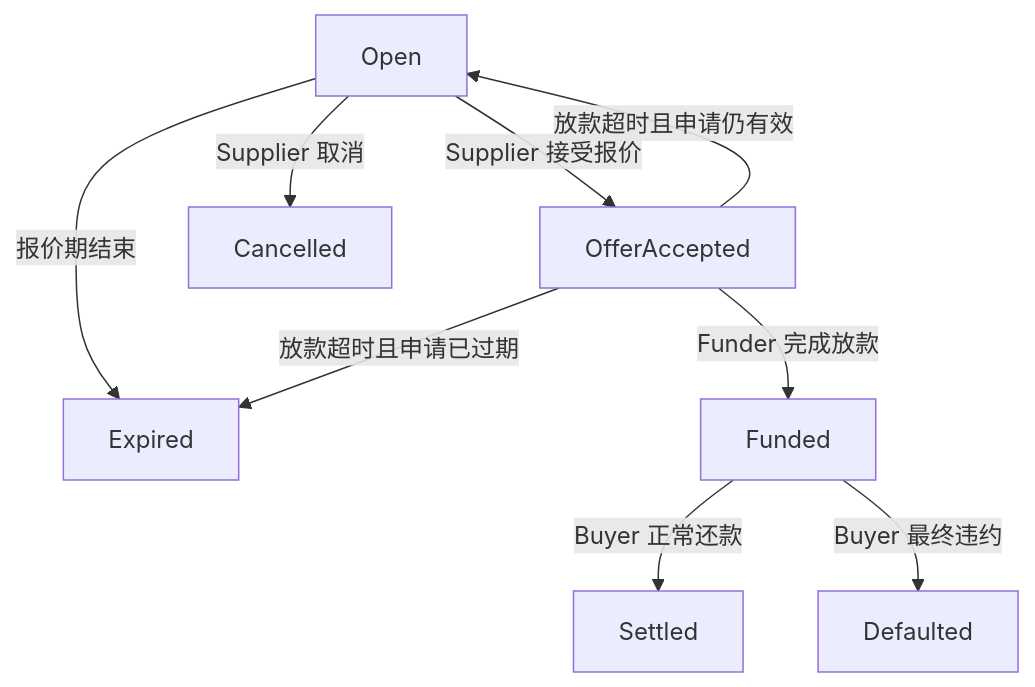
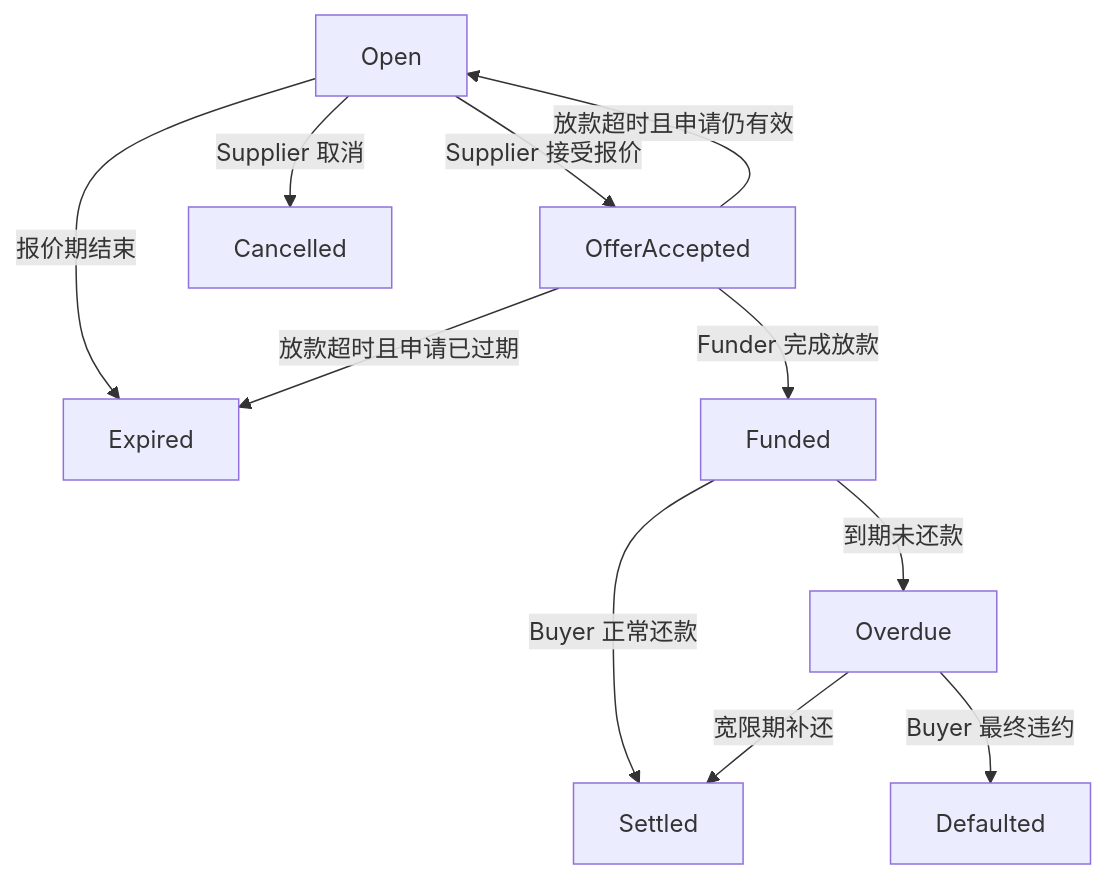
One commit to GeraltWu/blockchain-sme-receivables-financing changed the sixth of 9 diagrams in doc/设计文档.md. Above: the diagram before and after it, drawn with Mermaid. The commit also changed other lines of this file and 2 other files, not shown here.

````diff
--- a/doc/设计文档.md
+++ b/doc/设计文档.md
@@ -510,11 +509,13 @@
 ```mermaid
 flowchart TD
     O[Open] -->|Supplier 接受报价| OA[OfferAccepted]
     O -->|Supplier 取消| C[Cancelled]
     O -->|报价期结束| E[Expired]
     OA -->|放款超时且申请仍有效| O
     OA -->|放款超时且申请已过期| E
     OA -->|Funder 完成放款| F[Funded]
     F -->|Buyer 正常还款| S[Settled]
-    F -->|Buyer 最终违约| D[Defaulted]
+    F -->|到期未还款| OD[Overdue]
+    OD -->|宽限期补还| S
+    OD -->|Buyer 最终违约| D[Defaulted]
 ```
````
